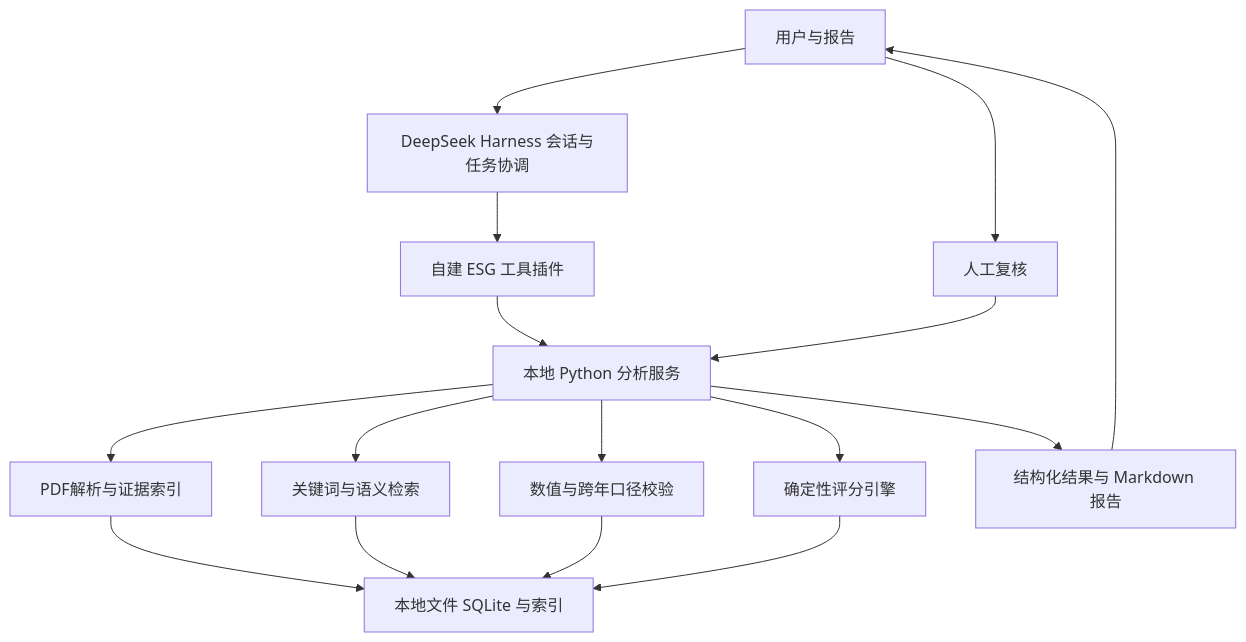
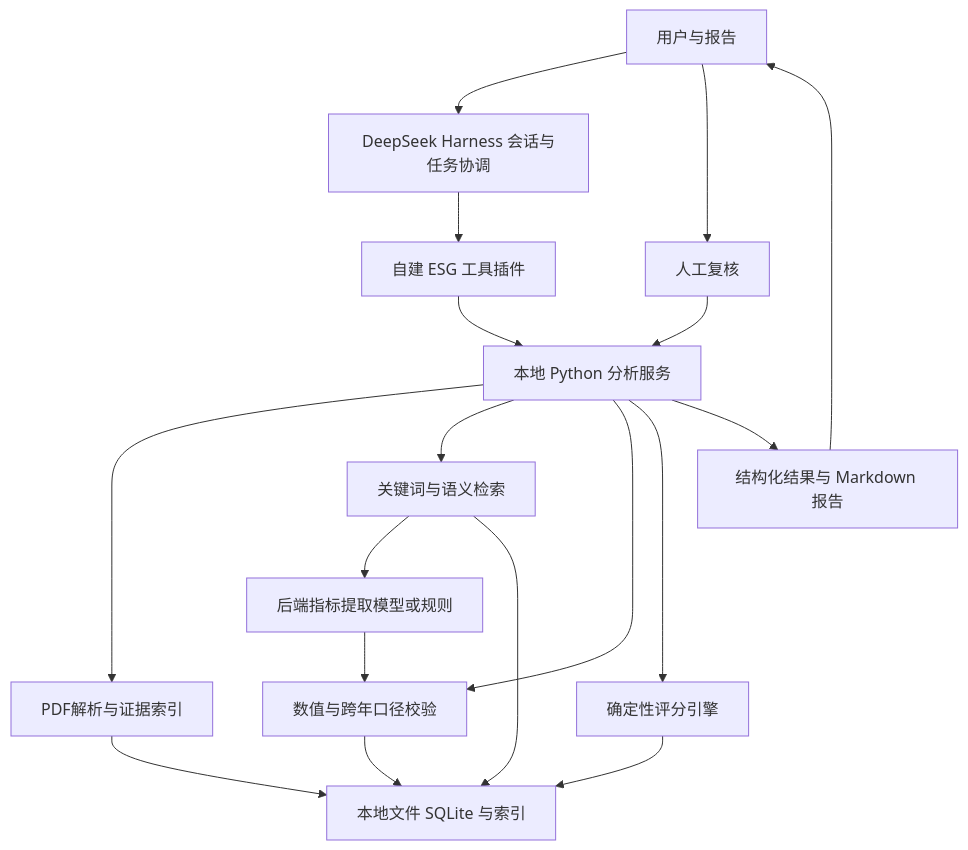
The diagram in 项目需求文档.md (ank260610-star/esg-agent), drawn with Mermaid before and after one commit. The commit also changed other lines of this file and 22 other files, not shown here.

````diff
--- a/项目需求文档.md
+++ b/项目需求文档.md
@@ -231,18 +231,20 @@
 ```mermaid
 flowchart TD
     U[用户与报告] --> H[DeepSeek Harness 会话与任务协调]
     H --> P[自建 ESG 工具插件]
     P --> A[本地 Python 分析服务]
     A --> D[PDF解析与证据索引]
     A --> R[关键词与语义检索]
+    R --> X[后端指标提取模型或规则]
+    X --> V
     A --> V[数值与跨年口径校验]
     A --> S[确定性评分引擎]
     D --> L[本地文件 SQLite 与索引]
     R --> L
     V --> L
     S --> L
     A --> O[结构化结果与 Markdown 报告]
     O --> U
     U --> M[人工复核]
     M --> A
 ```
````
